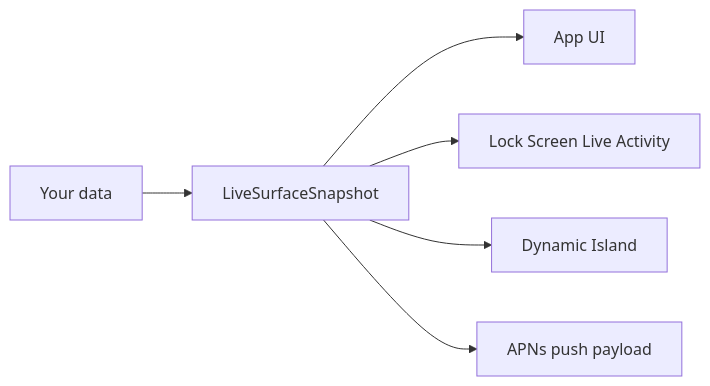
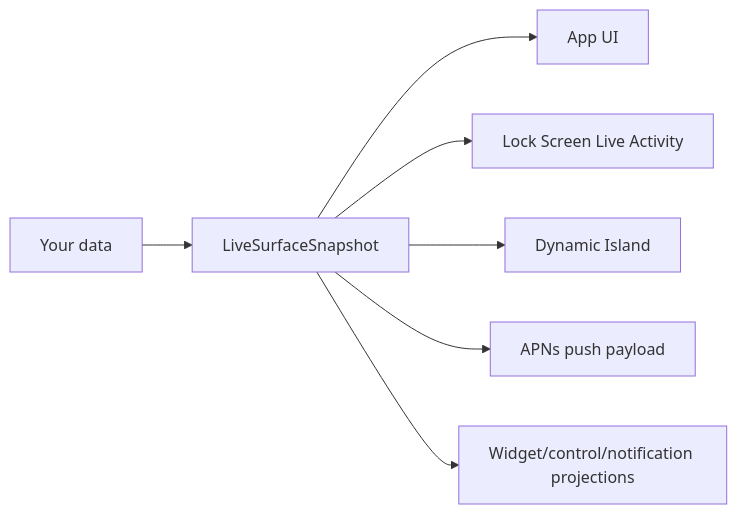
The diagram in README.md (glendonC/mobile-surfaces), drawn with Mermaid before and after one commit. The commit also changed other lines of this file and 20 other files, not shown here.

````diff
--- a/README.md
+++ b/README.md
@@ -59,8 +61,9 @@
 ```mermaid
 flowchart LR
   Data["Your data"] --> Snapshot["LiveSurfaceSnapshot"]
   Snapshot --> App["App UI"]
   Snapshot --> Lock["Lock Screen Live Activity"]
   Snapshot --> Island["Dynamic Island"]
   Snapshot --> APNs["APNs push payload"]
+  Snapshot --> Future["Widget/control/notification projections"]
 ```
````
